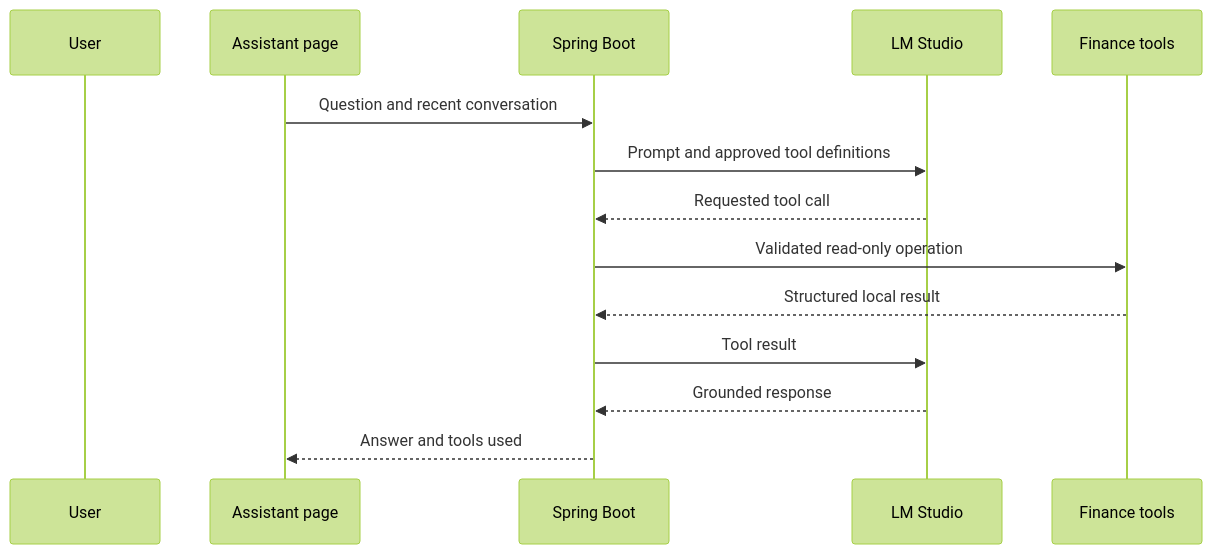
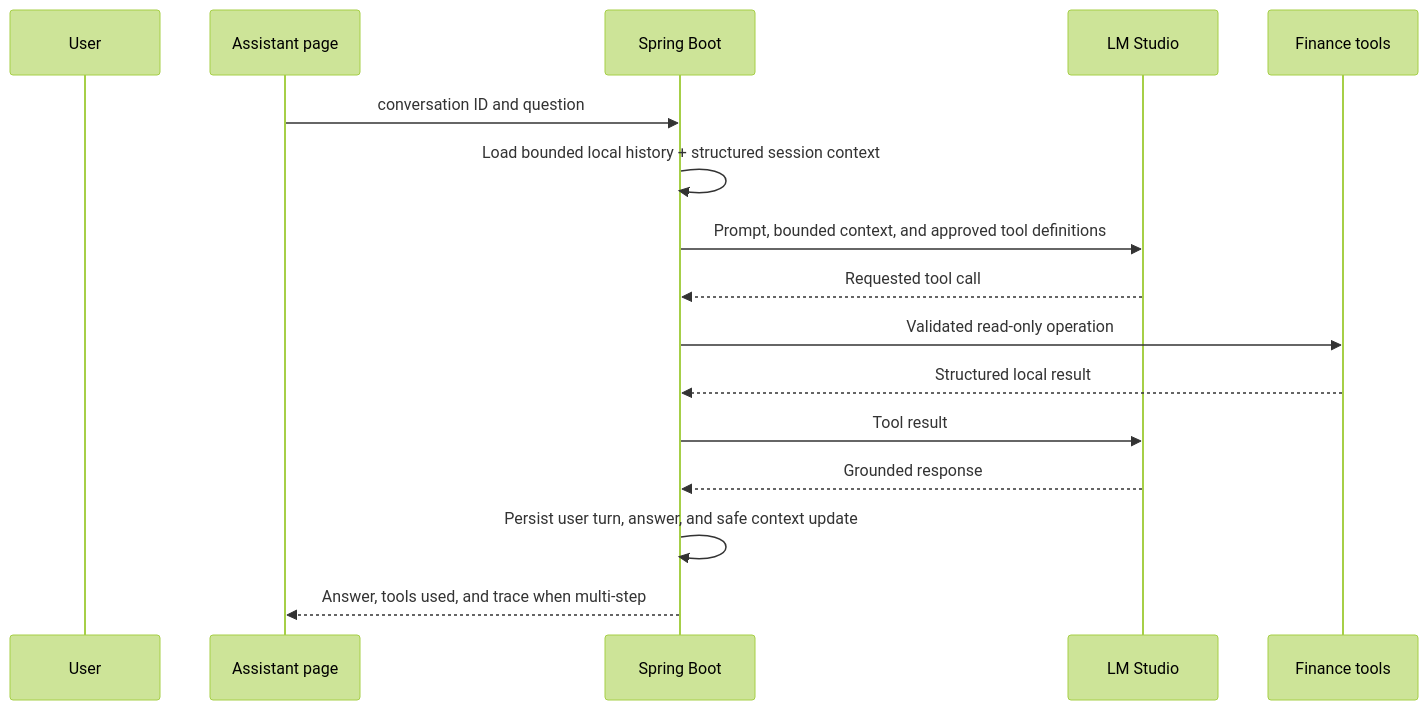
The second of 2 diagrams in docs/REQUEST_FLOWS.md (prprathikantam1991/personal-finance-tracker), drawn with Mermaid (forest theme) before and after one commit. The commit also changed 9 other files, not shown here.

Commit message:
docs: align roadmap with delivered assistant behavior

````diff
--- a/docs/REQUEST_FLOWS.md
+++ b/docs/REQUEST_FLOWS.md
@@ -21,16 +21,18 @@
 ```mermaid
 sequenceDiagram
     participant U as User
     participant UI as Assistant page
     participant B as Spring Boot
     participant L as LM Studio
     participant F as Finance tools
-    UI->>B: Question and recent conversation
-    B->>L: Prompt and approved tool definitions
+    UI->>B: conversation ID and question
+    B->>B: Load bounded local history + structured session context
+    B->>L: Prompt, bounded context, and approved tool definitions
     L-->>B: Requested tool call
     B->>F: Validated read-only operation
     F-->>B: Structured local result
     B->>L: Tool result
     L-->>B: Grounded response
-    B-->>UI: Answer and tools used
+    B->>B: Persist user turn, answer, and safe context update
+    B-->>UI: Answer, tools used, and trace when multi-step
 ```
````
